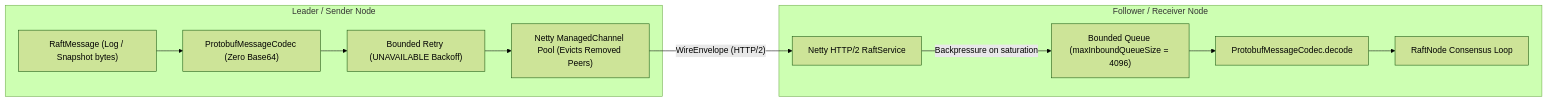
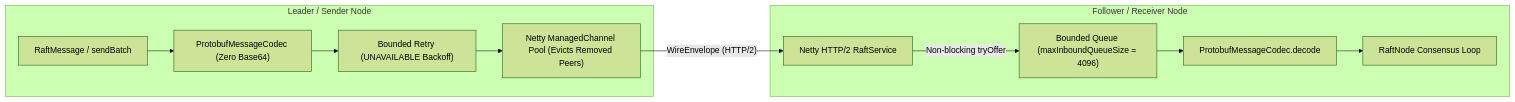
One commit to bmscomp/raft changed the fourth of 4 diagrams in docs/book/10-performance-vs-safety.md. Above: the diagram before and after it, drawn with Mermaid (forest theme). The commit also changed other lines of this file and 8 other files, not shown here.

````diff
--- a/docs/book/10-performance-vs-safety.md
+++ b/docs/book/10-performance-vs-safety.md
@@ -396,20 +260,20 @@
 ```mermaid
 flowchart LR
     subgraph Sender["Leader / Sender Node"]
-        RM["RaftMessage (Log / Snapshot bytes)"]
+        RM["RaftMessage / sendBatch"]
         PBC["ProtobufMessageCodec (Zero Base64)"]
         RETRY["Bounded Retry (UNAVAILABLE Backoff)"]
         CH["Netty ManagedChannel Pool (Evicts Removed Peers)"]
     end
 
     subgraph Receiver["Follower / Receiver Node"]
         SRV["Netty HTTP/2 RaftService"]
         BQ["Bounded Queue (maxInboundQueueSize = 4096)"]
         DEC["ProtobufMessageCodec.decode"]
         LOOP["RaftNode Consensus Loop"]
     end
 
     RM --> PBC --> RETRY --> CH
     CH -->|"WireEnvelope (HTTP/2)"| SRV
-    SRV -->|"Backpressure on saturation"| BQ --> DEC --> LOOP
+    SRV -->|"Non-blocking tryOffer"| BQ --> DEC --> LOOP
 ```
````
